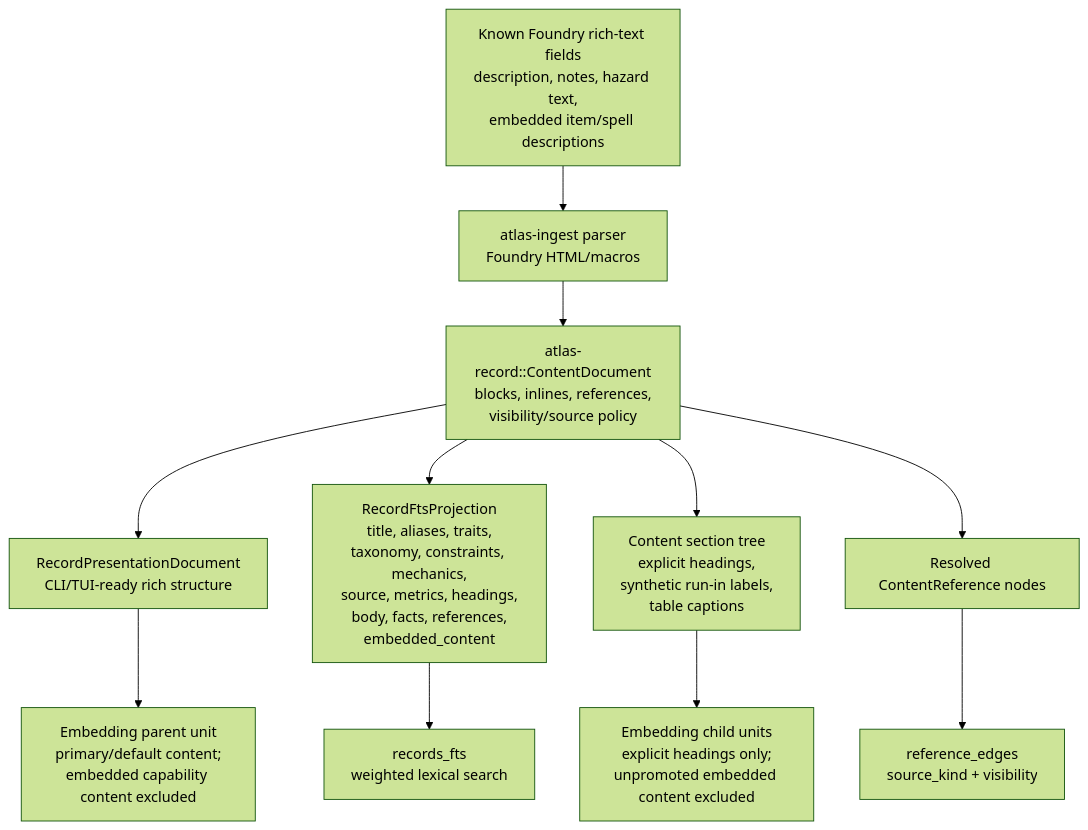
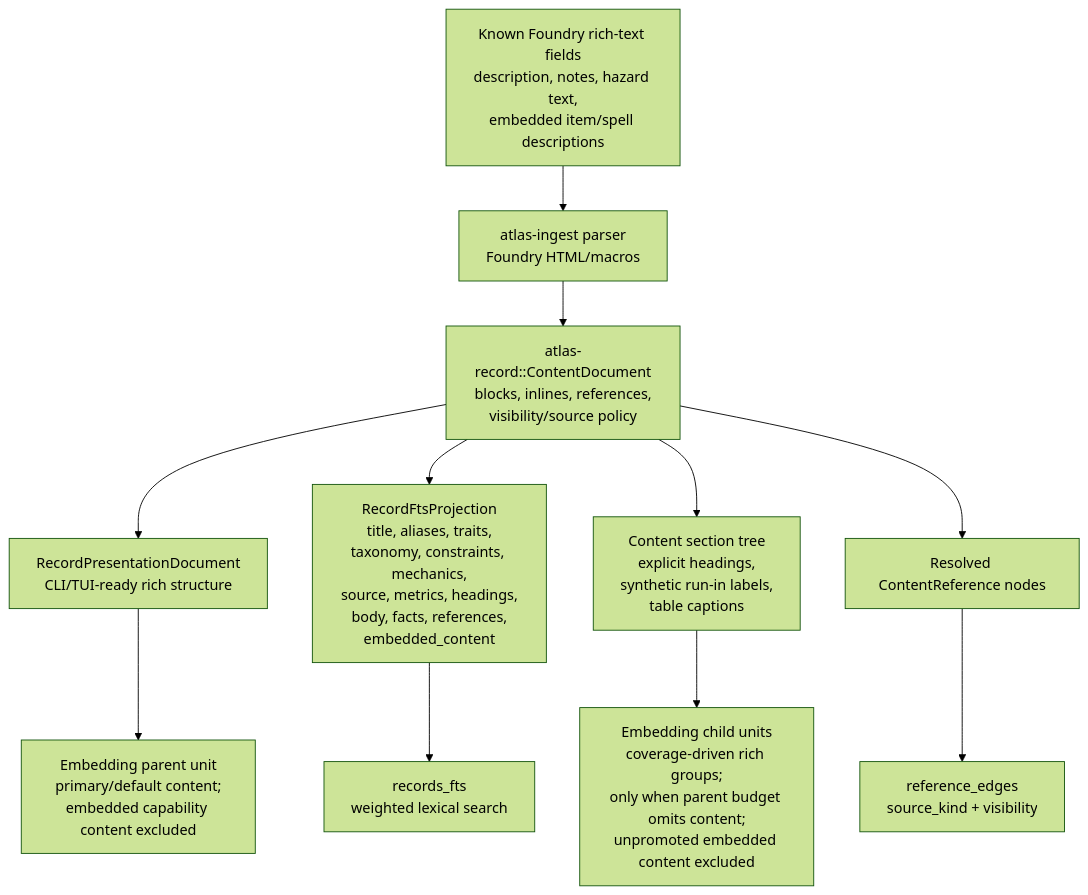
One commit to e-kosten/pf2e-atlas changed the third of 4 diagrams in docs/architecture/runtime.md. Above: the diagram before and after it, drawn with Mermaid (forest theme). The commit also changed 16 other files, not shown here.

Commit message:
feat: make embedding children coverage driven

````diff
--- a/docs/architecture/runtime.md
+++ b/docs/architecture/runtime.md
@@ -89,15 +89,15 @@
 ```mermaid
 flowchart TD
     markup["Known Foundry rich-text fields<br/>description, notes, hazard text,<br/>embedded item/spell descriptions"] --> parser["atlas-ingest parser<br/>Foundry HTML/macros"]
     parser --> doc["atlas-record::ContentDocument<br/>blocks, inlines, references,<br/>visibility/source policy"]
 
     doc --> presentation["RecordPresentationDocument<br/>CLI/TUI-ready rich structure"]
     doc --> fts["RecordFtsProjection<br/>title, aliases, traits,<br/>taxonomy, constraints, mechanics,<br/>source, metrics, headings,<br/>body, facts, references,<br/>embedded_content"]
     doc --> tree["Content section tree<br/>explicit headings,<br/>synthetic run-in labels,<br/>table captions"]
     doc --> refs["Resolved ContentReference nodes"]
 
     presentation --> parentEmbedding["Embedding parent unit<br/>primary/default content;<br/>embedded capability content excluded"]
-    tree --> childEmbedding["Embedding child units<br/>explicit headings only;<br/>unpromoted embedded content excluded"]
+    tree --> childEmbedding["Embedding child units<br/>coverage-driven rich groups;<br/>only when parent budget omits content;<br/>unpromoted embedded content excluded"]
     refs --> edges["reference_edges<br/>source_kind + visibility"]
     fts --> recordsFts["records_fts<br/>weighted lexical search"]
 ```
````
